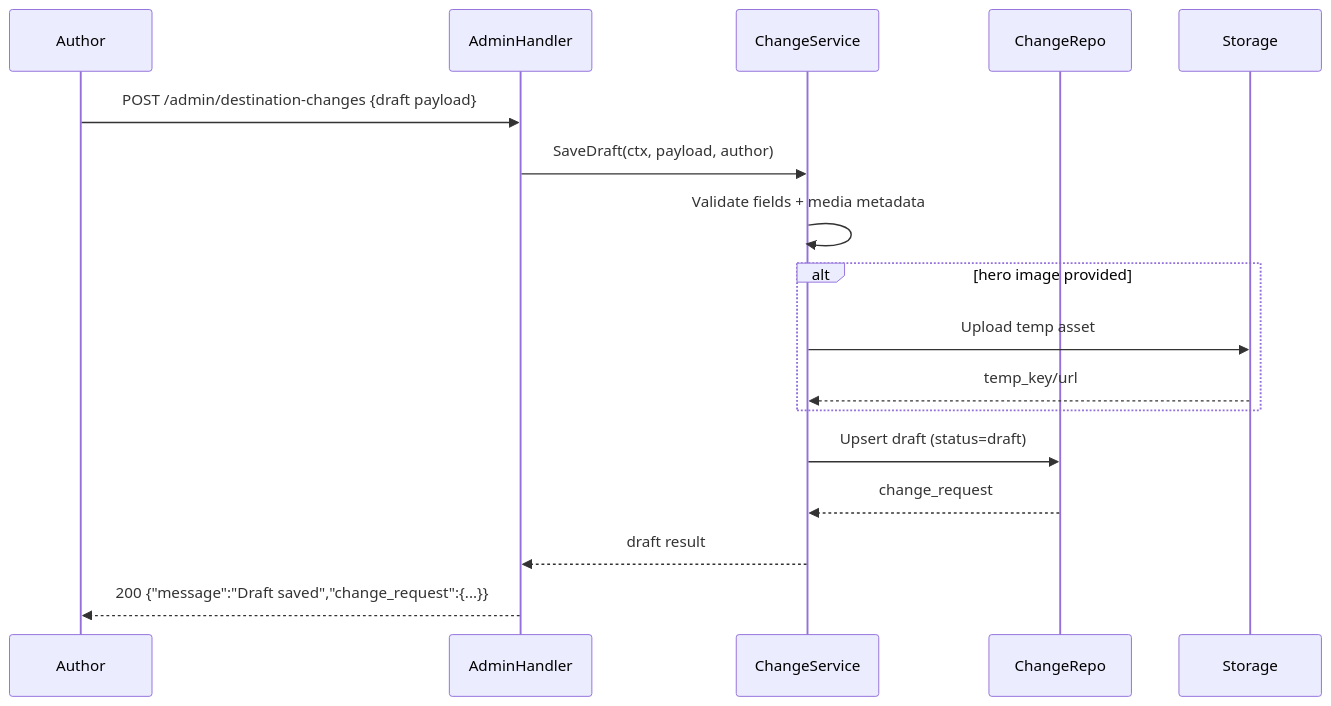
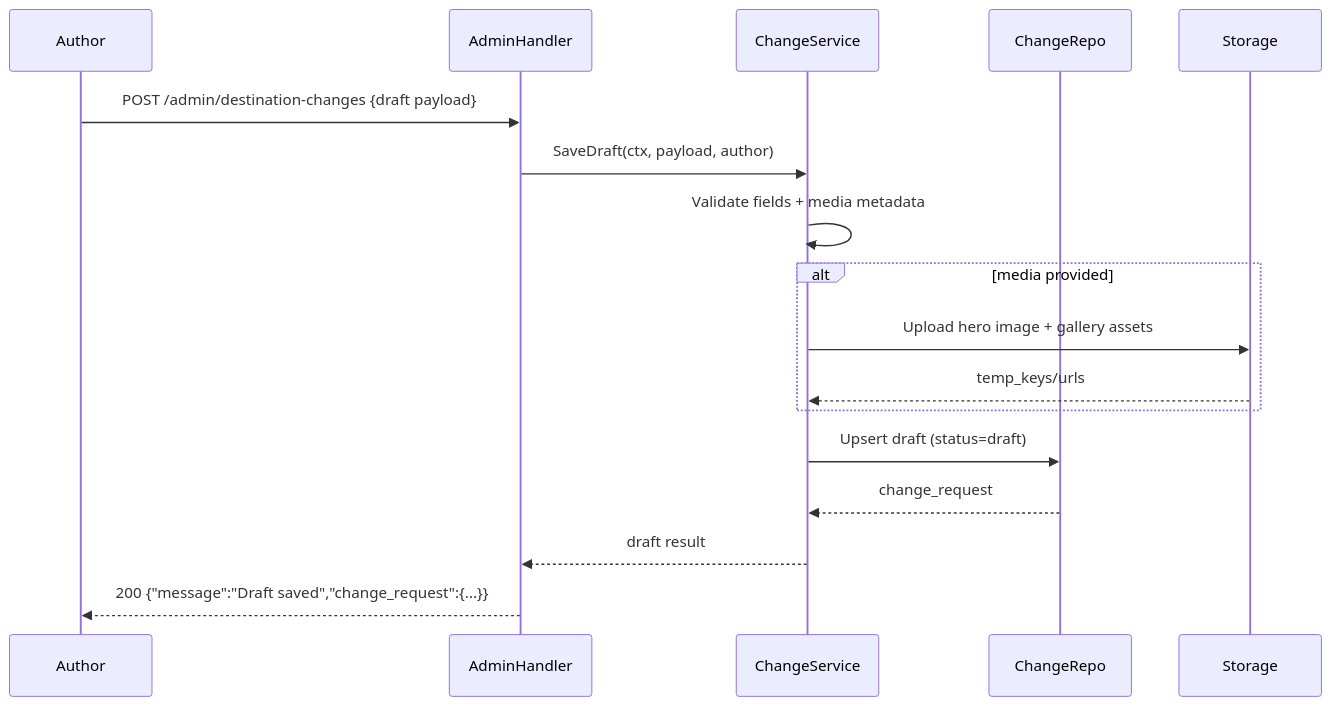
Before and after one commit to njprem/Fit_city_APP_BackEnd: the second of 3 diagrams in Doc/Admin-Destination-Management-High-Level-Design.md, drawn with Mermaid. The commit also changed other lines of this file and 8 other files, not shown here.

First line of the commit message:
feat: Extend destination management with contact info, operating hours, and media gallery

````diff
--- a/Doc/Admin-Destination-Management-High-Level-Design.md
+++ b/Doc/Admin-Destination-Management-High-Level-Design.md
@@ -127,20 +127,20 @@
 ```mermaid
 sequenceDiagram
     participant A as Author
     participant H as AdminHandler
     participant C as ChangeService
     participant R as ChangeRepo
     participant S as Storage
 
     A->>H: POST /admin/destination-changes {draft payload}
     H->>C: SaveDraft(ctx, payload, author)
     C->>C: Validate fields + media metadata
-    alt hero image provided
-        C->>S: Upload temp asset
-        S-->>C: temp_key/url
+    alt media provided
+        C->>S: Upload hero image + gallery assets
+        S-->>C: temp_keys/urls
     end
     C->>R: Upsert draft (status=draft)
     R-->>C: change_request
     C-->>H: draft result
     H-->>A: 200 {"message":"Draft saved","change_request":{...}}
 ```
````
